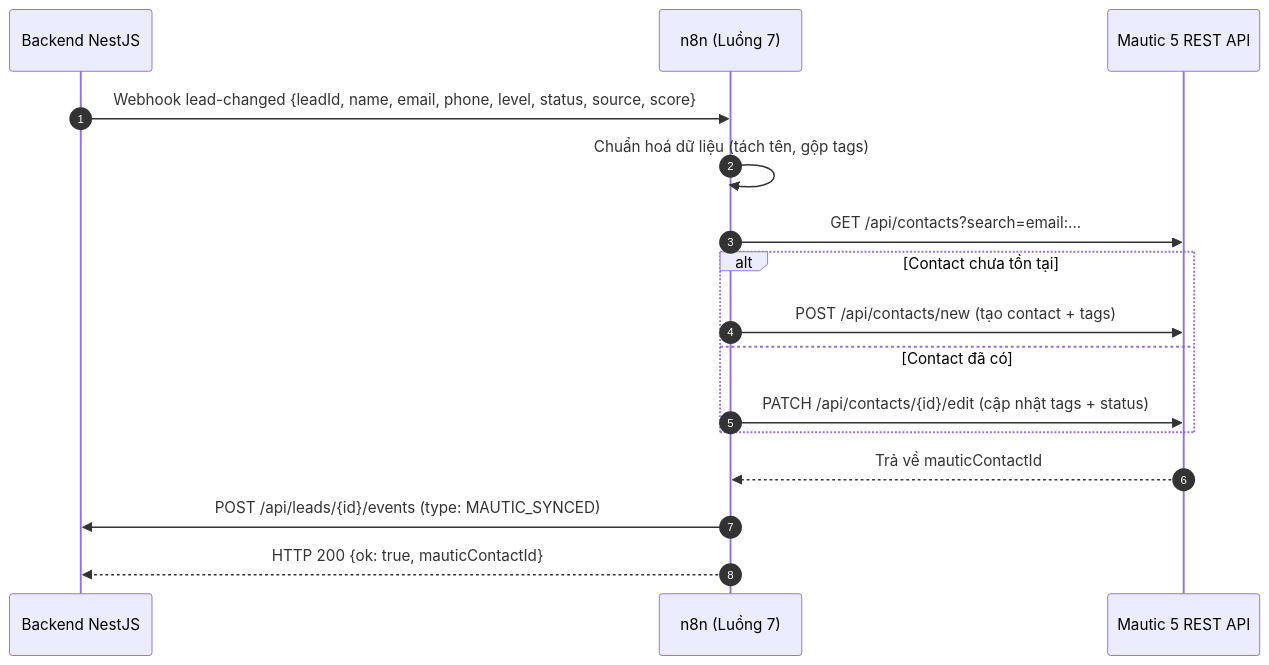
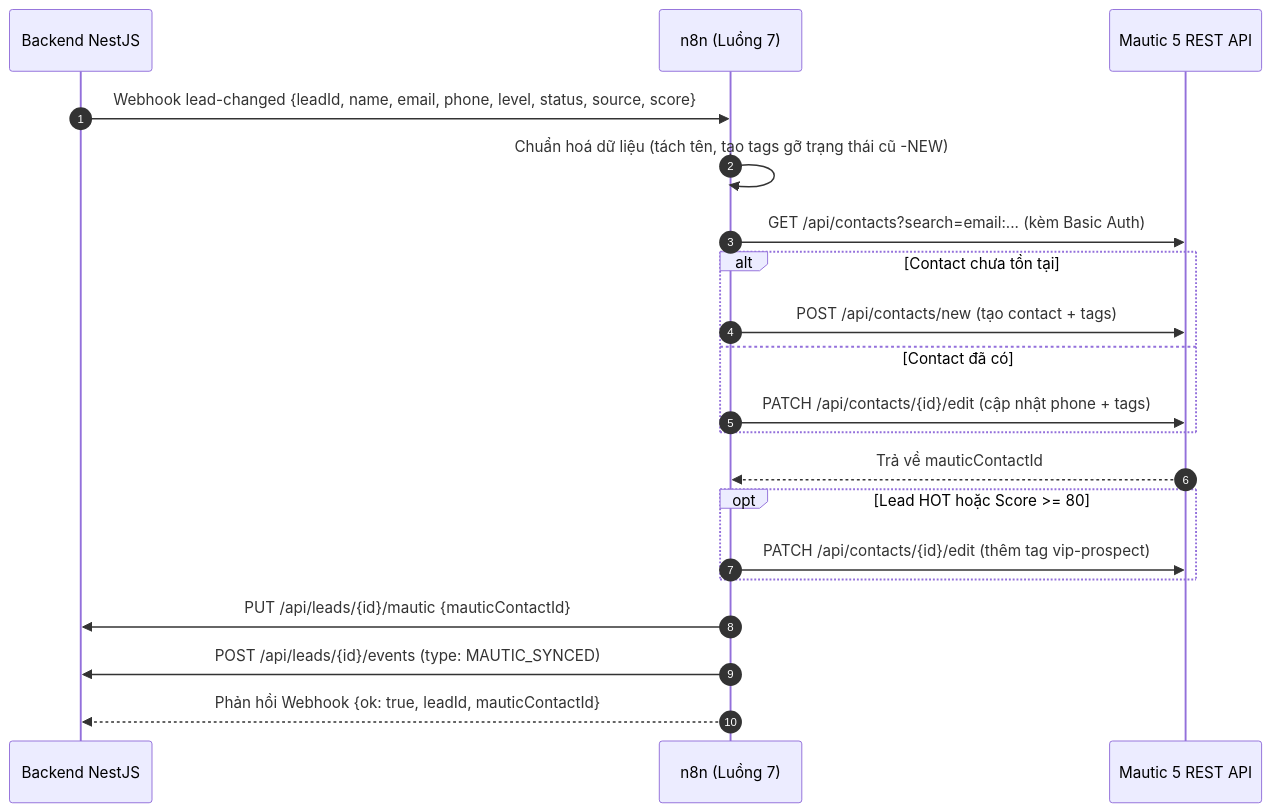
The diagram in docs/luong/luong-7-dong-bo-mautic.md (hoanhoanbl/realestate-ai-agent), drawn with Mermaid before and after one commit. The commit also changed other lines of this file and 5 other files, not shown here.

Commit message:
fix(l7): sua toan bo 5 loi phan hoi cho Luong 7 Mautic va them API luu mauticContactId

````diff
--- a/docs/luong/luong-7-dong-bo-mautic.md
+++ b/docs/luong/luong-7-dong-bo-mautic.md
@@ -27,19 +30,23 @@
 ```mermaid
 sequenceDiagram
     autonumber
     participant B as Backend NestJS
     participant N as n8n (Luồng 7)
     participant M as Mautic 5 REST API
 
     B->>N: Webhook lead-changed {leadId, name, email, phone, level, status, source, score}
-    N->>N: Chuẩn hoá dữ liệu (tách tên, gộp tags)
-    N->>M: GET /api/contacts?search=email:...
+    N->>N: Chuẩn hoá dữ liệu (tách tên, tạo tags gỡ trạng thái cũ -NEW)
+    N->>M: GET /api/contacts?search=email:... (kèm Basic Auth)
     alt Contact chưa tồn tại
         N->>M: POST /api/contacts/new (tạo contact + tags)
     else Contact đã có
-        N->>M: PATCH /api/contacts/{id}/edit (cập nhật tags + status)
+        N->>M: PATCH /api/contacts/{id}/edit (cập nhật phone + tags)
     end
     M-->>N: Trả về mauticContactId
+    opt Lead HOT hoặc Score >= 80
+        N->>M: PATCH /api/contacts/{id}/edit (thêm tag vip-prospect)
+    end
+    N->>B: PUT /api/leads/{id}/mautic {mauticContactId}
     N->>B: POST /api/leads/{id}/events (type: MAUTIC_SYNCED)
-    N-->>B: HTTP 200 {ok: true, mauticContactId}
+    N-->>B: Phản hồi Webhook {ok: true, leadId, mauticContactId}
 ```
````
